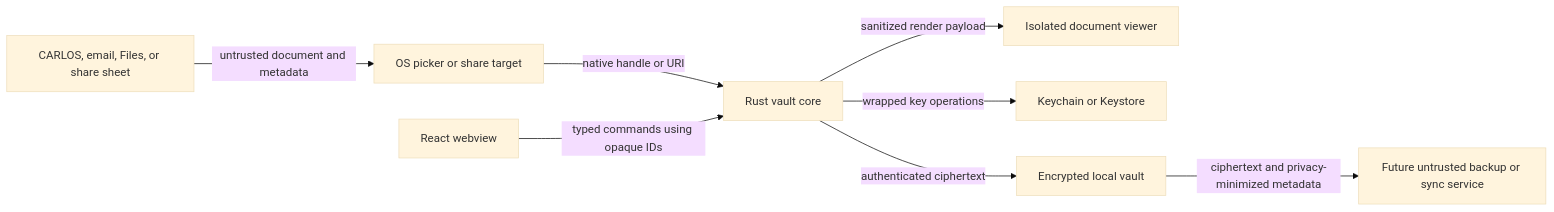
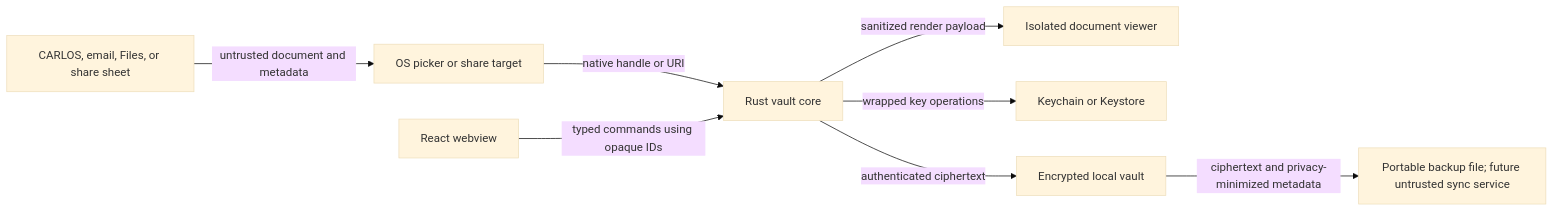
The diagram in THREAT_MODEL.md (carlos-emr/mycarlos), drawn with Mermaid (base theme) before and after one commit. The commit also changed other lines of this file and 12 other files, not shown here.

````diff
--- a/THREAT_MODEL.md
+++ b/THREAT_MODEL.md
@@ -51,19 +51,19 @@
 ```mermaid
 flowchart LR
     Source[CARLOS, email, Files, or share sheet]
     Picker[OS picker or share target]
     UI[React webview]
     Core[Rust vault core]
     Viewer[Isolated document viewer]
     Keys[Keychain or Keystore]
     Vault[Encrypted local vault]
-    Backup[Future untrusted backup or sync service]
+    Backup[Portable backup file; future untrusted sync service]
 
     Source -->|untrusted document and metadata| Picker
     Picker -->|native handle or URI| Core
     UI -->|typed commands using opaque IDs| Core
     Core -->|sanitized render payload| Viewer
     Core -->|wrapped key operations| Keys
     Core -->|authenticated ciphertext| Vault
     Vault -->|ciphertext and privacy-minimized metadata| Backup
 ```
````
